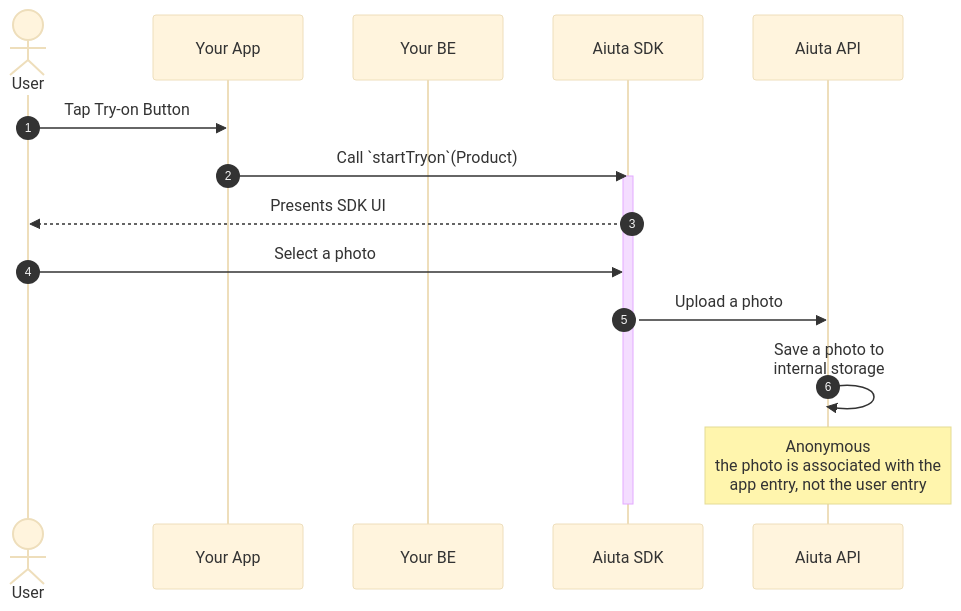
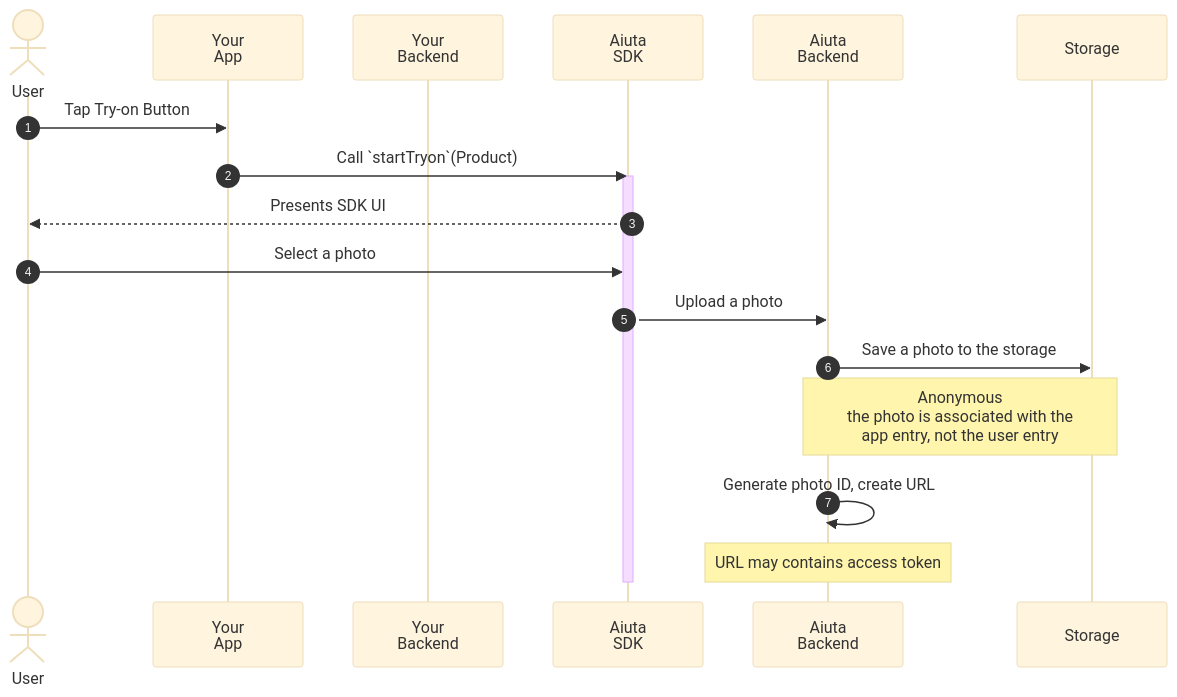
One commit to aiuta-com/docs changed the third of 3 diagrams in docs/sdk/about/developer/diagrams.md. Above: the diagram before and after it, drawn with Mermaid (base theme). The commit also changed other lines of this file, not shown here.

Commit message:
Data flow

````diff
--- a/docs/sdk/about/developer/diagrams.md
+++ b/docs/sdk/about/developer/diagrams.md
@@ -50,22 +92,25 @@
     ``` mermaid
     sequenceDiagram
         autonumber
-        actor User
-        participant APP as Your App
-        participant BE as Your BE
-        participant SDK as Aiuta SDK
-        participant API as Aiuta API
+        actor USR as ⠀<br>User
+        participant APP as Your<br>App
+        participant BE as Your<br>Backend
+        participant SDK as Aiuta<br>SDK
+        participant API as Aiuta<br>Backend
+        participant GS as Storage
 
-        User->>APP: Tap Try-on Button
+        USR->>APP: Tap Try-on Button
         APP->>SDK: Call `startTryon`(Product)
         activate SDK
-        SDK-->>User: Presents SDK UI
+        SDK-->>USR: Presents SDK UI
 
         %% User Photo
-        User->>SDK: Select a photo
+        USR->>SDK: Select a photo
         SDK->>API: Upload a photo
-        API->>API: Save a photo to<br>internal storage
-        Note over API: Anonymous<br>the photo is associated with the<br>app entry, not the user entry
+        API->>GS: Save a photo to the storage
+        Note over API,GS: Anonymous<br>the photo is associated with the<br>app entry, not the user entry
+        API->>API: Generate photo ID, create URL
+        Note over API: URL may contains access token
         
         deactivate SDK
     ```
````
